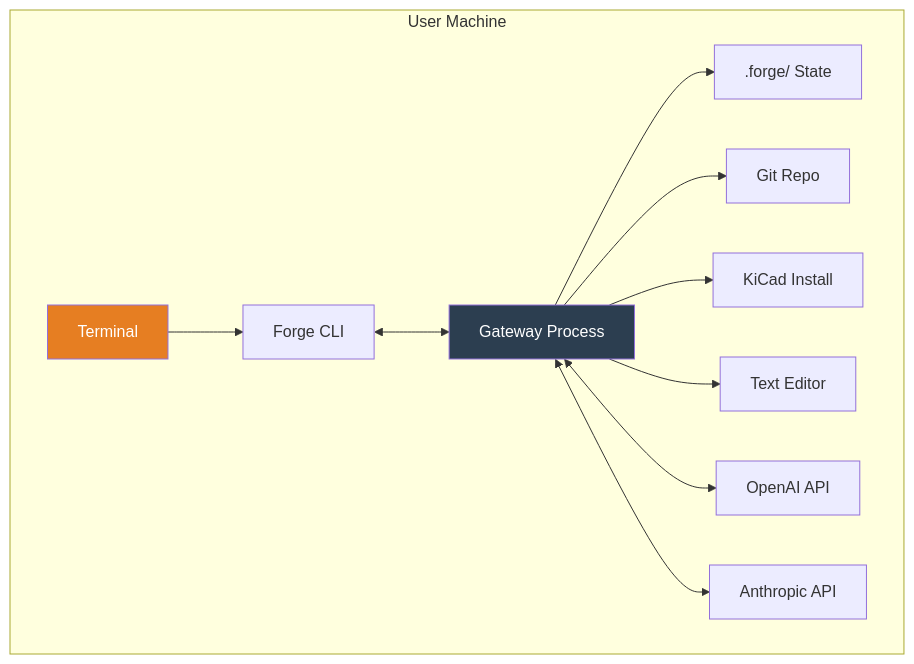
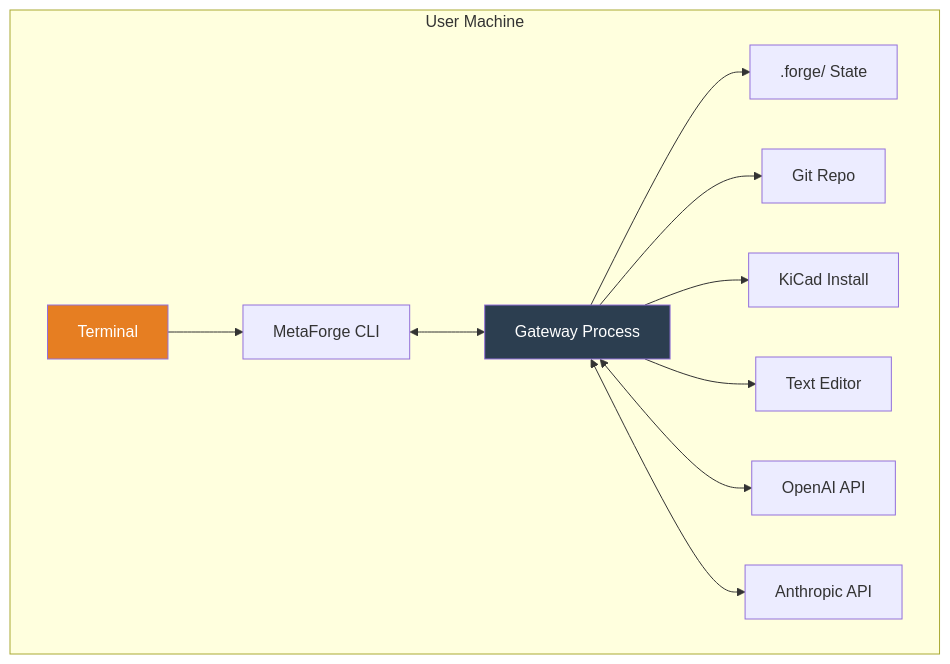
Diagram 18 of 20 in docs/architecture.md (FidelOdok/MetaForge-Planner), drawn with Mermaid before and after one commit. The commit also changed other lines of this file and 25 other files, not shown here.

First line of the commit message:
refactor: rename project from Forge to MetaForge

````diff
--- a/docs/architecture.md
+++ b/docs/architecture.md
@@ -933,18 +933,18 @@
 ```mermaid
 graph TB
     subgraph "User Machine"
-        A[Terminal] --> B[Forge CLI]
+        A[Terminal] --> B[MetaForge CLI]
         B <--> C[Gateway Process]
 
         C --> D[.forge/ State]
         C --> E[Git Repo]
         C --> F[KiCad Install]
         C --> G[Text Editor]
 
         C <--> H[OpenAI API]
         C <--> I[Anthropic API]
     end
 
     style A fill:#E67E22,color:#fff
     style C fill:#2C3E50,color:#fff
 ```
````
